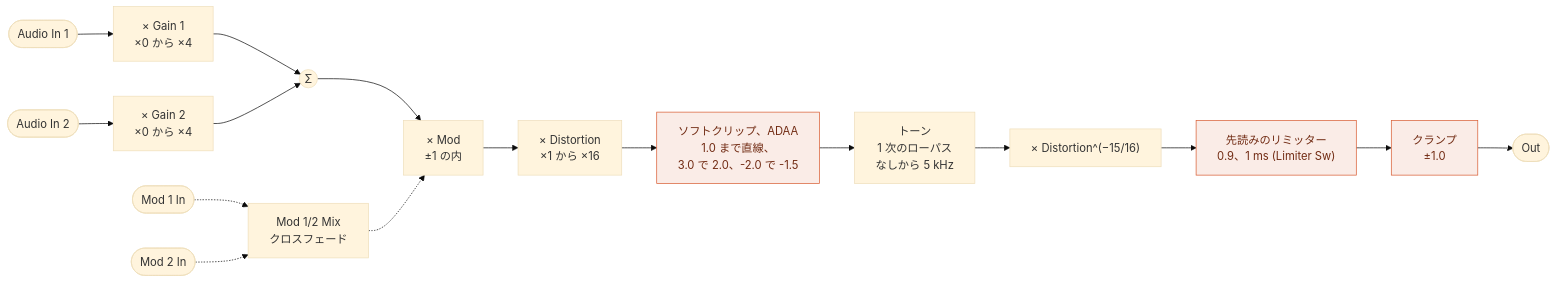
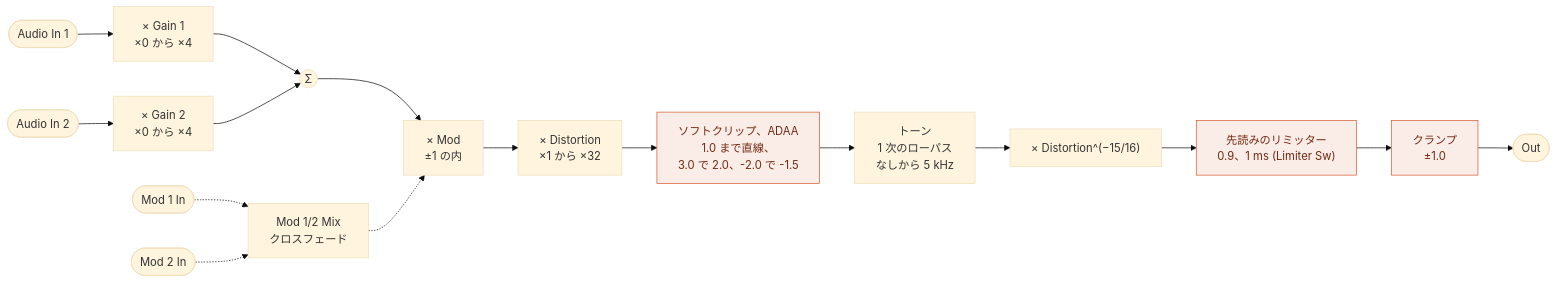
Before and after one commit to risgk/midi_synthesizer_spms1: the third of 5 diagrams in spms1_type2/spms1_patching.ja.md, drawn with Mermaid (base theme). The commit also changed other lines of this file and 7 other files, not shown here.

````diff
--- a/spms1_type2/spms1_patching.ja.md
+++ b/spms1_type2/spms1_patching.ja.md
@@ -149,20 +149,20 @@
 ```mermaid
 flowchart LR
   IN1([Audio In 1]) --> G1["× Gain 1<br/>×0 から ×4"]
   IN2([Audio In 2]) --> G2["× Gain 2<br/>×0 から ×4"]
   G1 --> SUM((Σ))
   G2 --> SUM
   SUM --> M["× Mod<br/>±1 の内"]
   MOD1([Mod 1 In]) -.-> MX["Mod 1/2 Mix<br/>クロスフェード"]
   MOD2([Mod 2 In]) -.-> MX
   MX -.-> M
-  M --> DRV["× Distortion<br/>×1 から ×16"]
+  M --> DRV["× Distortion<br/>×1 から ×32"]
   DRV --> SC["ソフトクリップ、ADAA<br/>1.0 まで直線、<br/>3.0 で 2.0、-2.0 で -1.5"]
   SC --> TONE["トーン<br/>1 次のローパス<br/>なしから 5 kHz"]
   TONE --> MU["× Distortion^(−15/16)"]
   MU --> LIM["先読みのリミッター<br/>0.9、1 ms (Limiter Sw)"]
   LIM --> CL["クランプ<br/>±1.0"]
   CL --> OUT([Out])
   classDef nl fill:#FAECE7,stroke:#D85A30,color:#712B13
   class SC,LIM,CL nl
 ```
````
